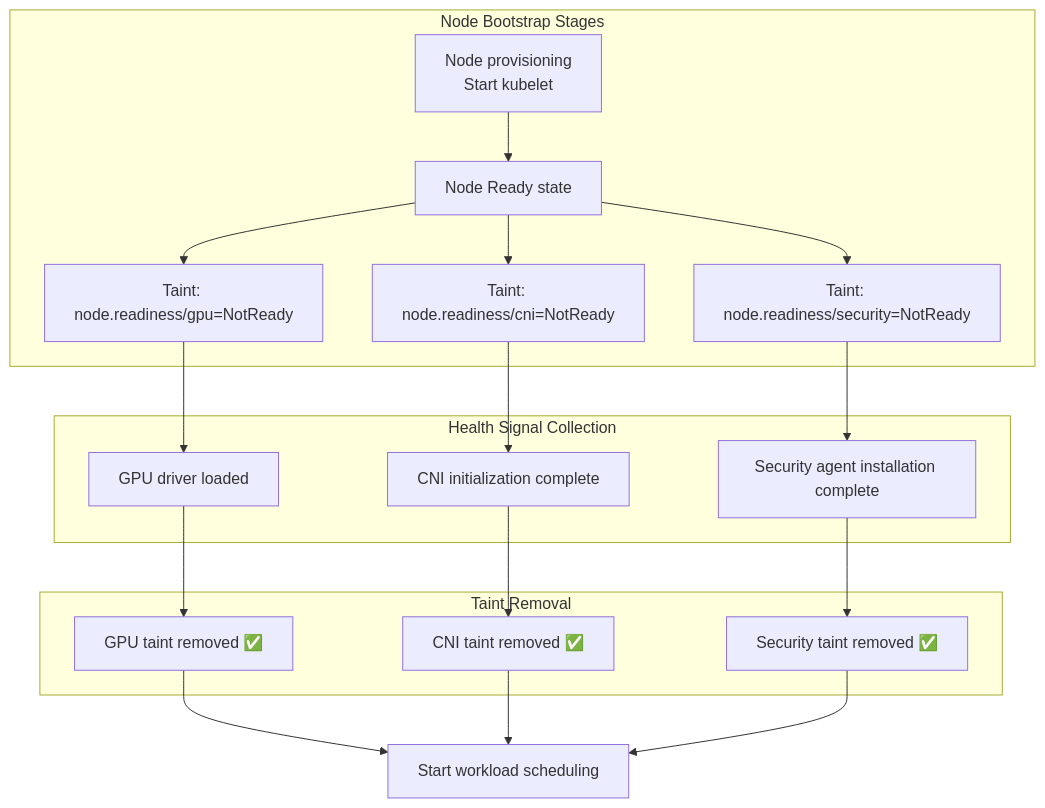
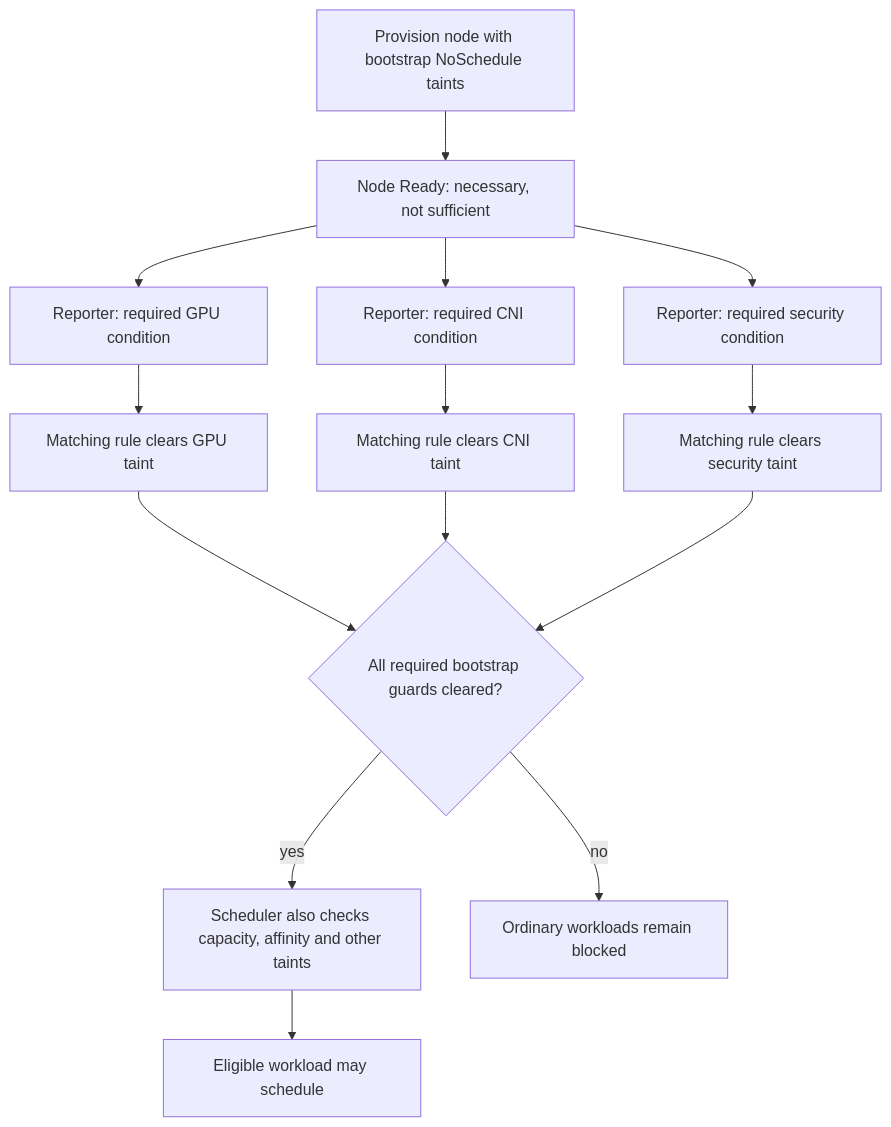
The second of 7 diagrams in i18n/en/docusaurus-plugin-content-docs/current/eks-best-practices/operations-reliability/eks-resiliency-guide.md (devfloor9/engineering-playbook), drawn with Mermaid before and after one commit. The commit also changed other lines of this file and 1 other file, not shown here.

````diff
--- a/i18n/en/docusaurus-plugin-content-docs/current/eks-best-practices/operations-reliability/eks-resiliency-guide.md
+++ b/i18n/en/docusaurus-plugin-content-docs/current/eks-best-practices/operations-reliability/eks-resiliency-guide.md
@@ -217,25 +219,16 @@
 ```mermaid
 flowchart TD
-    subgraph "Node Bootstrap Stages"
-        NP[Node provisioning<br/>Start kubelet] --> NR[Node Ready state]
-        NR --> T1[Taint: node.readiness/gpu=NotReady]
-        NR --> T2[Taint: node.readiness/cni=NotReady]
-        NR --> T3[Taint: node.readiness/security=NotReady]
-    end
-
-    subgraph "Health Signal Collection"
-        T1 --> G[GPU driver loaded]
-        T2 --> C[CNI initialization complete]
-        T3 --> S[Security agent installation complete]
-    end
-
-    subgraph "Taint Removal"
-        G --> R1[GPU taint removed ✅]
-        C --> R2[CNI taint removed ✅]
-        S --> R3[Security taint removed ✅]
-    end
-
-    R1 --> WS[Start workload scheduling]
-    R2 --> WS
-    R3 --> WS
+    NP["Provision node with bootstrap NoSchedule taints"] --> NR["Node Ready: necessary, not sufficient"]
+    NR --> G["Reporter: required GPU condition"]
+    NR --> C["Reporter: required CNI condition"]
+    NR --> S["Reporter: required security condition"]
+    G --> R1["Matching rule clears GPU taint"]
+    C --> R2["Matching rule clears CNI taint"]
+    S --> R3["Matching rule clears security taint"]
+    R1 --> ALL{"All required bootstrap guards cleared?"}
+    R2 --> ALL
+    R3 --> ALL
+    ALL -->|yes| F["Scheduler also checks capacity, affinity and other taints"]
+    ALL -->|no| WAIT["Ordinary workloads remain blocked"]
+    F --> WS["Eligible workload may schedule"]
 ```
````
